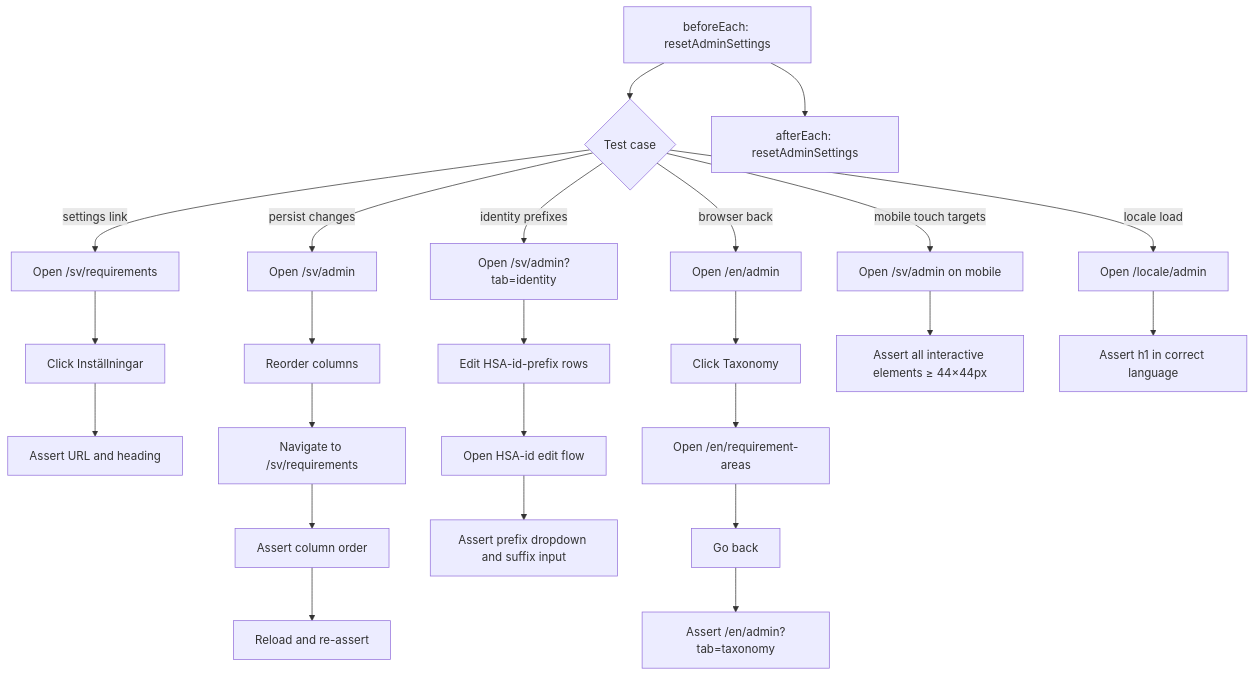
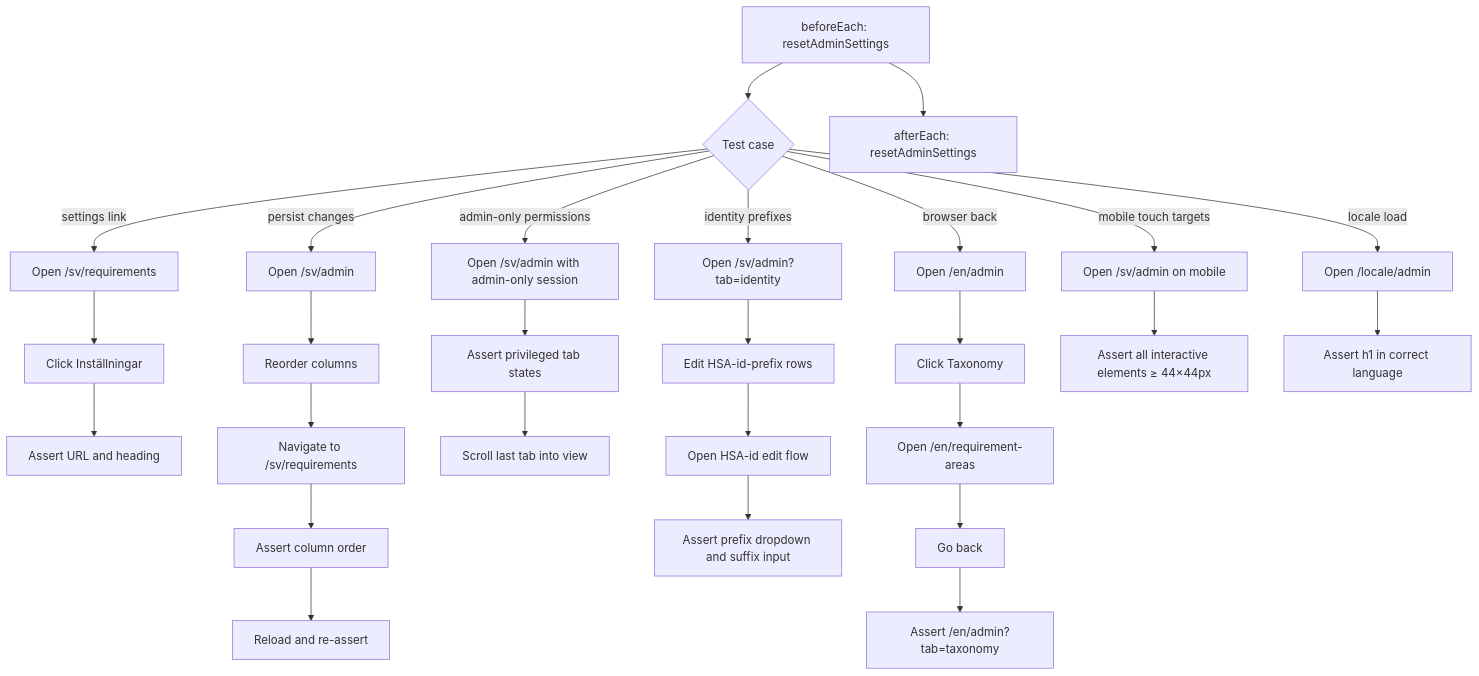
Before and after one commit to viscalyx/Kravhantering: the first of 9 diagrams in tests/integration/admin-entrypoint.md, drawn with Mermaid. The commit also changed other lines of this file and 33 other files, not shown here.

````diff
--- a/tests/integration/admin-entrypoint.md
+++ b/tests/integration/admin-entrypoint.md
@@ -26,26 +26,29 @@
 ```mermaid
 flowchart TD
     A[beforeEach: resetAdminSettings] --> B{Test case}
     B -- settings link --> C[Open /sv/requirements]
     C --> D[Click Inställningar]
     D --> E[Assert URL and heading]
     B -- persist changes --> F[Open /sv/admin]
     F --> H[Reorder columns]
     H --> I[Navigate to /sv/requirements]
     I --> K[Assert column order]
     K --> L[Reload and re-assert]
+    B -- admin-only permissions --> AA[Open /sv/admin with admin-only session]
+    AA --> AB[Assert privileged tab states]
+    AB --> AC[Scroll last tab into view]
     B -- identity prefixes --> W[Open /sv/admin?tab=identity]
     W --> X[Edit HSA-id-prefix rows]
     X --> Y[Open HSA-id edit flow]
     Y --> Z[Assert prefix dropdown and suffix input]
     B -- browser back --> M[Open /en/admin]
     M --> N[Click Taxonomy]
     N --> O[Open /en/requirement-areas]
     O --> P[Go back]
     P --> Q[Assert /en/admin?tab=taxonomy]
     B -- mobile touch targets --> R[Open /sv/admin on mobile]
     R --> S[Assert all interactive elements ≥ 44×44px]
     B -- locale load --> T[Open /locale/admin]
     T --> U[Assert h1 in correct language]
     A --> V[afterEach: resetAdminSettings]
 ```
````
